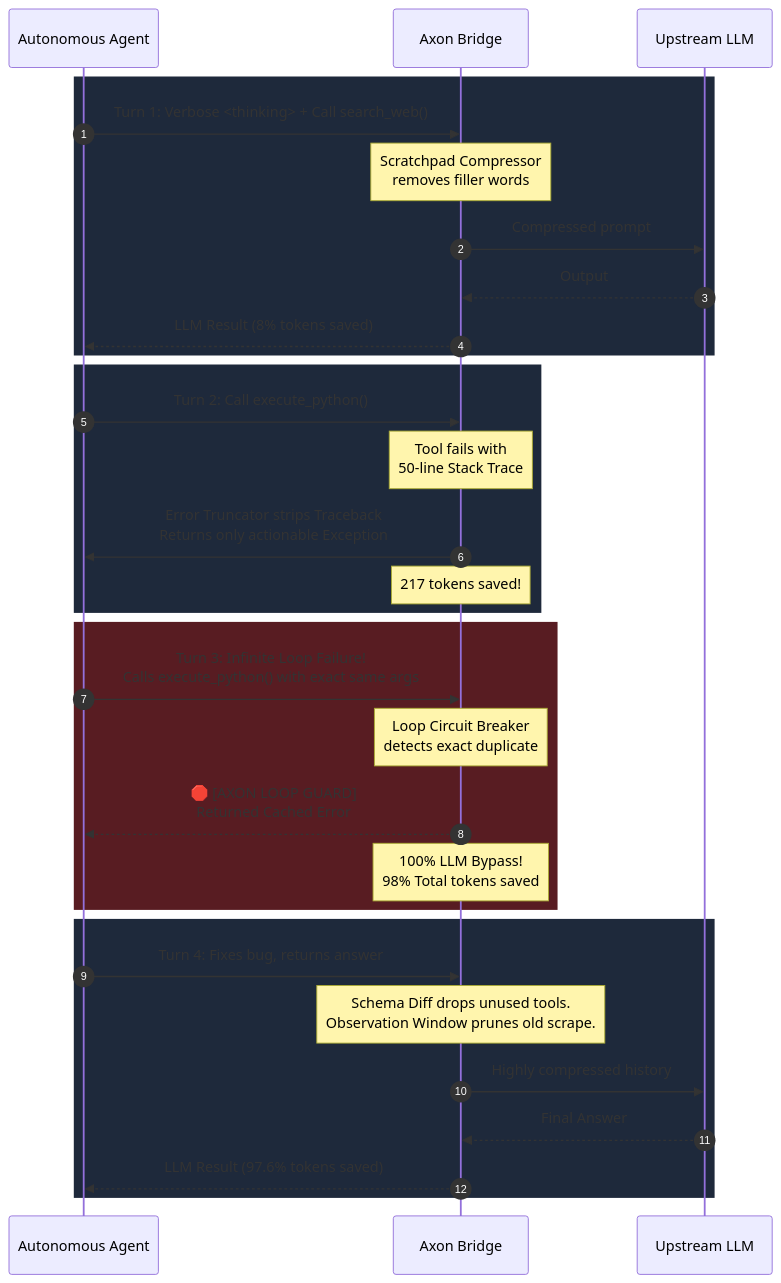
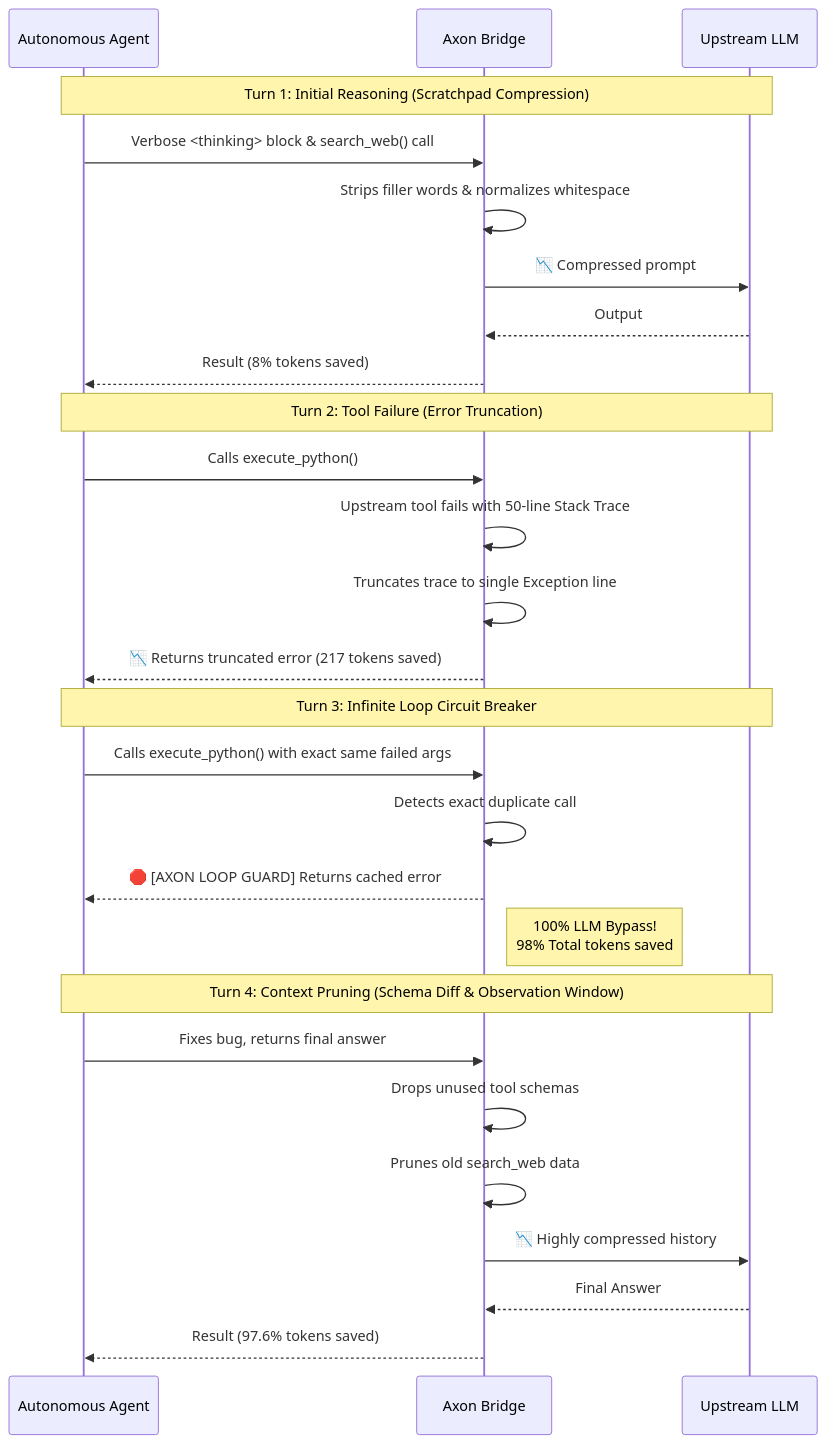
The first of 2 diagrams in README.md (chaitanya-sharmaa/axon), drawn with Mermaid before and after one commit.

Commit message:
docs: clarify agentic sequence diagram

````diff
--- a/README.md
+++ b/README.md
@@ -264,41 +264,33 @@
 ```mermaid
 sequenceDiagram
-    autonumber
     participant Agent as Autonomous Agent
     participant Axon as Axon Bridge
     participant LLM as Upstream LLM
 
-    %% Turn 1
-    rect rgb(30, 41, 59)
-    Agent->>Axon: Turn 1: Verbose <thinking> + Call search_web()
-    Note over Axon: Scratchpad Compressor<br/>removes filler words
-    Axon->>LLM: Compressed prompt
+    Note over Agent,LLM: Turn 1: Initial Reasoning (Scratchpad Compression)
+    Agent->>Axon: Verbose <thinking> block & search_web() call
+    Axon->>Axon: Strips filler words & normalizes whitespace
+    Axon->>LLM: 📉 Compressed prompt
     LLM-->>Axon: Output
-    Axon-->>Agent: LLM Result (8% tokens saved)
-    end
+    Axon-->>Agent: Result (8% tokens saved)
 
-    %% Turn 2
-    rect rgb(30, 41, 59)
-    Agent->>Axon: Turn 2: Call execute_python()
-    Note over Axon: Tool fails with<br/>50-line Stack Trace
-    Axon->>Agent: Error Truncator strips Traceback<br/>Returns only actionable Exception
-    Note over Axon: 217 tokens saved!
-    end
+    Note over Agent,LLM: Turn 2: Tool Failure (Error Truncation)
+    Agent->>Axon: Calls execute_python()
+    Axon->>Axon: Upstream tool fails with 50-line Stack Trace
+    Axon->>Axon: Truncates trace to single Exception line
+    Axon-->>Agent: 📉 Returns truncated error (217 tokens saved)
 
-    %% Turn 3
-    rect rgb(88, 28, 34)
-    Agent->>Axon: Turn 3: Infinite Loop Failure!<br/>Calls execute_python() with exact same args
-    Note over Axon: Loop Circuit Breaker<br/>detects exact duplicate
-    Axon-->>Agent: 🛑 [AXON LOOP GUARD]<br/>Returned Cached Error
-    Note over Axon: 100% LLM Bypass!<br/>98% Total tokens saved
-    end
+    Note over Agent,LLM: Turn 3: Infinite Loop Circuit Breaker
+    Agent->>Axon: Calls execute_python() with exact same failed args
+    Axon->>Axon: Detects exact duplicate call
+    Axon-->>Agent: 🛑 [AXON LOOP GUARD] Returns cached error
+    Note right of Axon: 100% LLM Bypass!<br/>98% Total tokens saved
 
-    %% Turn 4
-    rect rgb(30, 41, 59)
-    Agent->>Axon: Turn 4: Fixes bug, returns answer
-    Note over Axon: Schema Diff drops unused tools.<br/>Observation Window prunes old scrape.
-    Axon->>LLM: Highly compressed history
+    Note over Agent,LLM: Turn 4: Context Pruning (Schema Diff & Observation Window)
+    Agent->>Axon: Fixes bug, returns final answer
+    Axon->>Axon: Drops unused tool schemas
+    Axon->>Axon: Prunes old search_web data
+    Axon->>LLM: 📉 Highly compressed history
     LLM-->>Axon: Final Answer
-    Axon-->>Agent: LLM Result (97.6% tokens saved)
-    end
+    Axon-->>Agent: Result (97.6% tokens saved)
 ```
````
